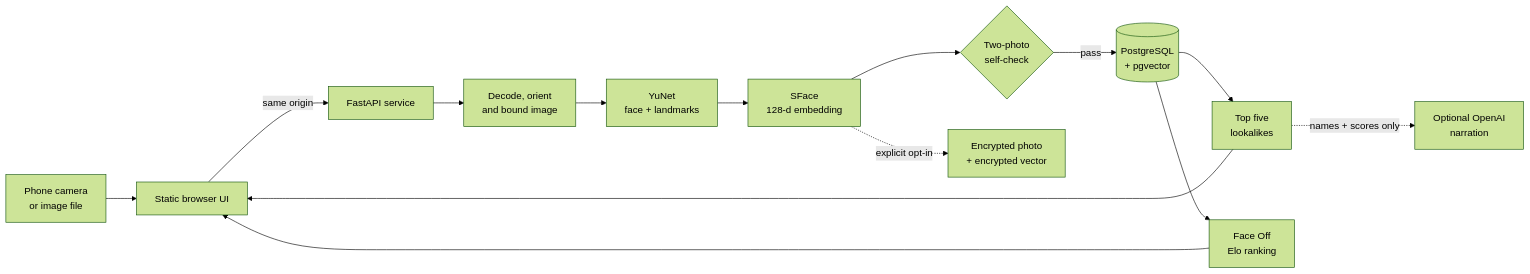
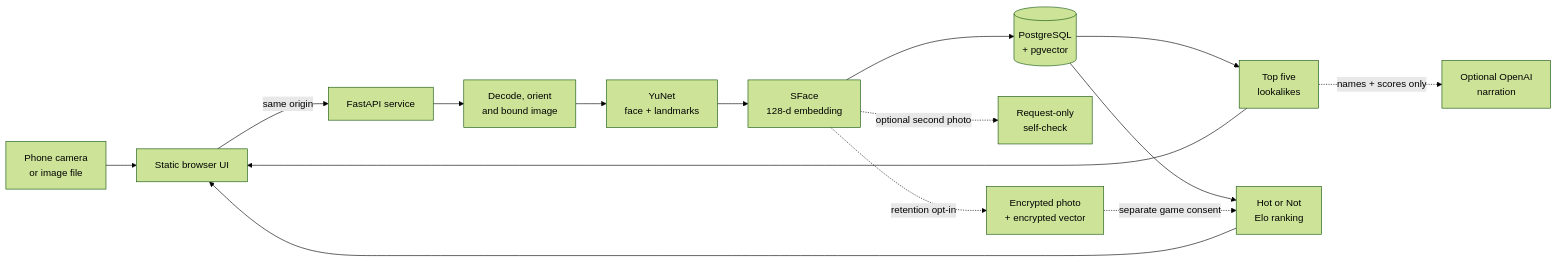
Before and after one commit to mxli417/double_trouble: the diagram in README.md, drawn with Mermaid (forest theme). The commit also changed other lines of this file and 35 other files, not shown here.

Commit message:
feat: add consented Hot or Not portraits

````diff
--- a/README.md
+++ b/README.md
@@ -24,16 +24,17 @@
 ```mermaid
 flowchart LR
     B[Phone camera<br/>or image file] --> UI[Static browser UI]
     UI -->|same origin| API[FastAPI service]
     API --> N[Decode, orient<br/>and bound image]
     N --> Y[YuNet<br/>face + landmarks]
     Y --> S[SFace<br/>128-d embedding]
-    S --> SC{Two-photo<br/>self-check}
-    SC -->|pass| PG[(PostgreSQL<br/>+ pgvector)]
+    S --> PG[(PostgreSQL<br/>+ pgvector)]
+    S -. optional second photo .-> SC[Request-only<br/>self-check]
     PG --> M[Top five<br/>lookalikes]
     M --> UI
-    PG --> E[Face Off<br/>Elo ranking]
+    PG --> E[Hot or Not<br/>Elo ranking]
     E --> UI
-    S -. explicit opt-in .-> C[Encrypted photo<br/>+ encrypted vector]
+    S -. retention opt-in .-> C[Encrypted photo<br/>+ encrypted vector]
+    C -. separate game consent .-> E
     M -. names + scores only .-> O[Optional OpenAI<br/>narration]
 ```
````
